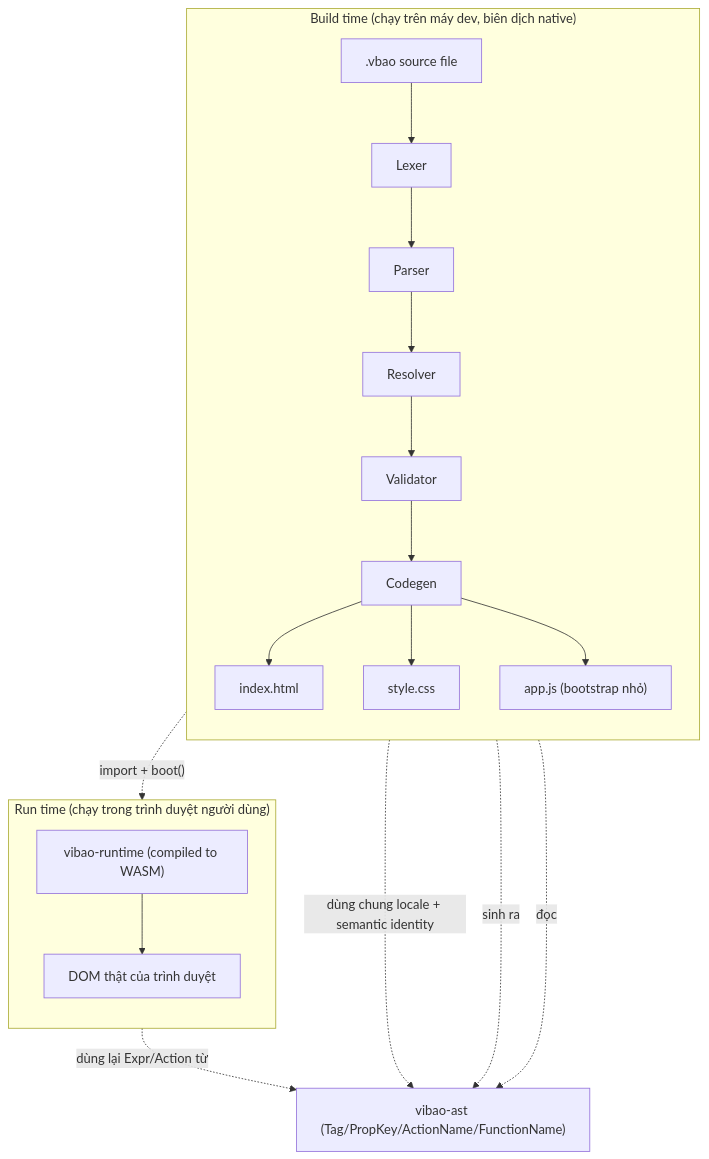
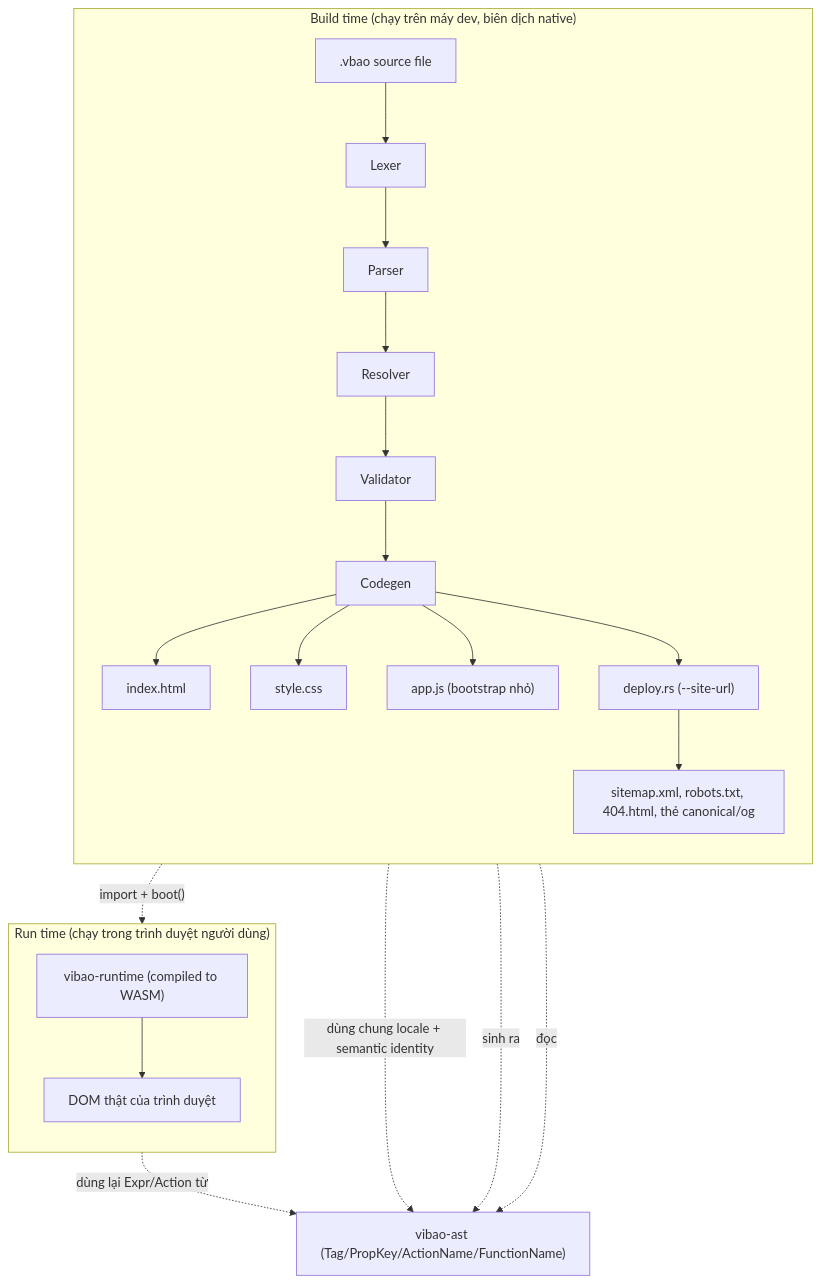
Before and after one commit to giabaovu375-alt/Vibaoc: the first of 4 diagrams in docs/ARCHITECTURE.md, drawn with Mermaid. The commit also changed other lines of this file and 63 other files, not shown here.

Commit message:
docs: cập nhật ARCHITECTURE và VIBAO_SPEC cho 0.1.5

````diff
--- a/docs/ARCHITECTURE.md
+++ b/docs/ARCHITECTURE.md
@@ -11,25 +11,27 @@
 ```mermaid
 flowchart TB
     subgraph BuildTime["Build time (chạy trên máy dev, biên dịch native)"]
         direction TB
         Source[".vbao source file"] --> Lexer
         Lexer --> Parser
         Parser --> Resolver
         Resolver --> Validator
         Validator --> Codegen
         Codegen --> HTML["index.html"]
         Codegen --> CSS["style.css"]
         Codegen --> JS["app.js (bootstrap nhỏ)"]
+        Codegen --> Deploy["deploy.rs (--site-url)"]
+        Deploy --> Seo["sitemap.xml, robots.txt, 404.html, thẻ canonical/og"]
     end
 
     subgraph RunTime["Run time (chạy trong trình duyệt người dùng)"]
         direction TB
         JS -.->|"import + boot()"| WASM["vibao-runtime (compiled to WASM)"]
         WASM --> DOM["DOM thật của trình duyệt"]
     end
 
     Lexer -. "dùng chung locale + semantic identity" .-> AST["vibao-ast (Tag/PropKey/ActionName/FunctionName)"]
     Parser -. "sinh ra" .-> AST
     Codegen -. "đọc" .-> AST
     WASM -. "dùng lại Expr/Action từ" .-> AST
 ```
````
